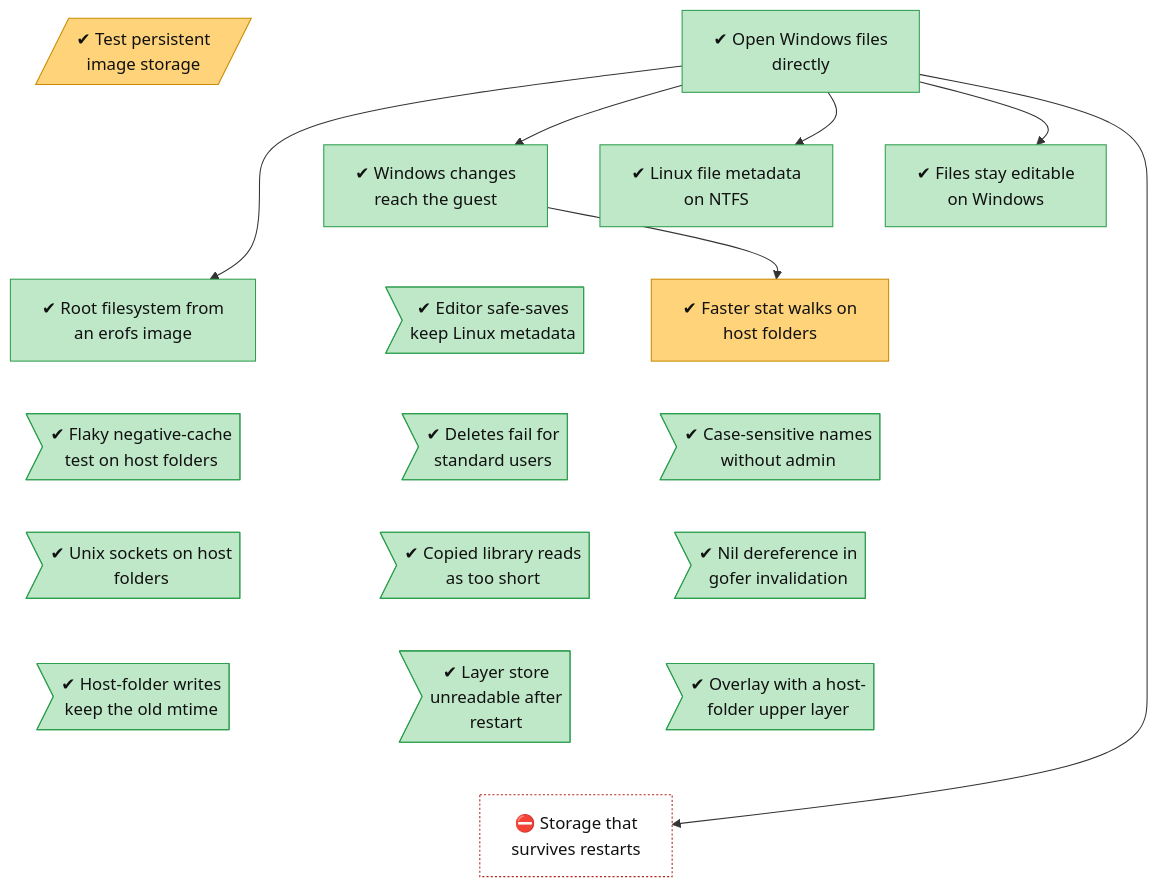
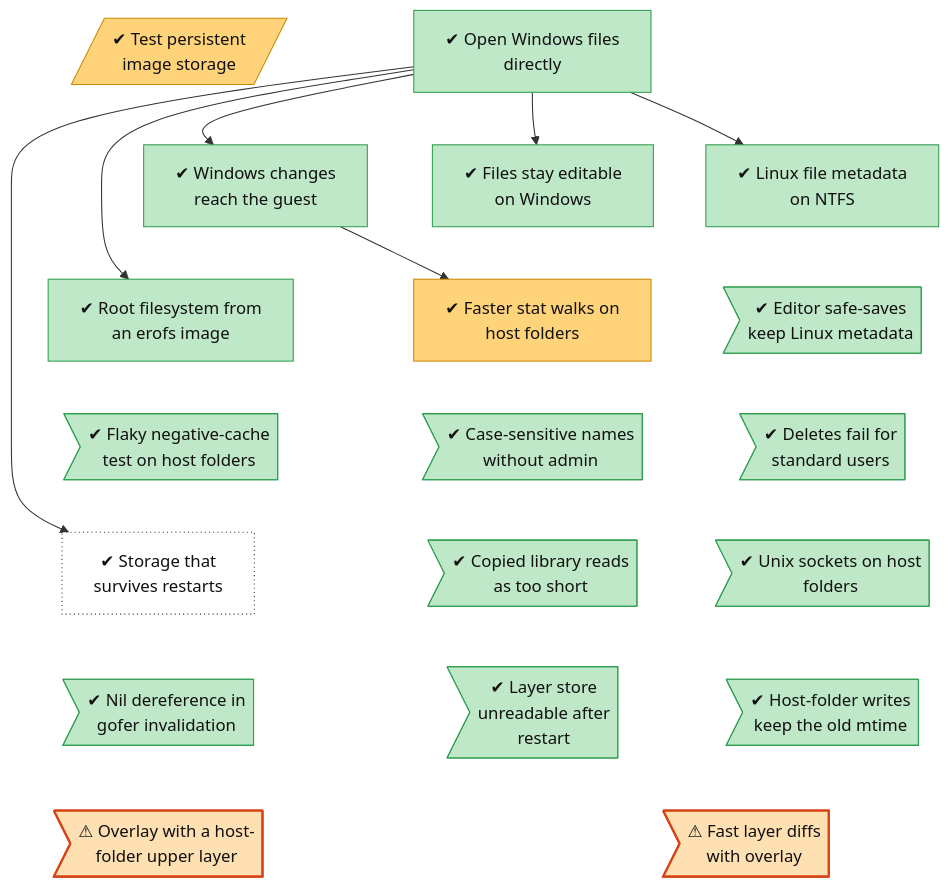
Before and after one commit to lhns/gvisor-windows: the diagram in docs/roadmap/tracks/fs.md, drawn with Mermaid. The commit also changed other lines of this file and 9 other files, not shown here.

````diff
--- a/docs/roadmap/tracks/fs.md
+++ b/docs/roadmap/tracks/fs.md
@@ -10,62 +10,64 @@
 ```mermaid
 flowchart TB
     fs_persistent_image_storage[/"✔ Test persistent<br/>image storage"/]
     fs_windows_directfs["✔ Open Windows files<br/>directly"]
     fs_change_notifications["✔ Windows changes<br/>reach the guest"]
     fs_linux_metadata_on_ntfs["✔ Linux file metadata<br/>on NTFS"]
     fs_handles_do_not_block_users["✔ Files stay editable<br/>on Windows"]
     fs_root_filesystem_source["✔ Root filesystem from<br/>an erofs image"]
     fs_safe_save_keeps_metadata>"✔ Editor safe-saves<br/>keep Linux metadata"]
     fs_attribute_cache["✔ Faster stat walks on<br/>host folders"]
     fs_flaky_negative_cache_test>"✔ Flaky negative-cache<br/>test on host folders"]
     fs_standard_user_delete_rights>"✔ Deletes fail for<br/>standard users"]
     fs_case_sensitivity_without_admin>"✔ Case-sensitive names<br/>without admin"]
+    fs_persistent_storage_impl["✔ Storage that<br/>survives restarts"]
     fs_unix_sockets_on_host_folders>"✔ Unix sockets on host<br/>folders"]
     fs_copied_file_too_short>"✔ Copied library reads<br/>as too short"]
     fs_disown_children_nil_deref>"✔ Nil dereference in<br/>gofer invalidation"]
     fs_host_folder_mtime_resolution>"✔ Host-folder writes<br/>keep the old mtime"]
     fs_layer_store_corrupt_after_restart>"✔ Layer store<br/>unreadable after<br/>restart"]
-    fs_overlay_upper_on_host_folder>"✔ Overlay with a host-<br/>folder upper layer"]
-    fs_persistent_storage_impl["⛔ Storage that<br/>survives restarts"]
+    fs_overlay_upper_on_host_folder>"⚠ Overlay with a host-<br/>folder upper layer"]
+    fs_overlay_native_diff>"⚠ Fast layer diffs<br/>with overlay"]
     fs_persistent_image_storage ~~~ fs_change_notifications
     fs_windows_directfs ~~~ fs_linux_metadata_on_ntfs
     fs_windows_directfs ~~~ fs_handles_do_not_block_users
     fs_change_notifications ~~~ fs_root_filesystem_source
     fs_linux_metadata_on_ntfs ~~~ fs_safe_save_keeps_metadata
     fs_handles_do_not_block_users ~~~ fs_attribute_cache
     fs_root_filesystem_source ~~~ fs_flaky_negative_cache_test
     fs_safe_save_keeps_metadata ~~~ fs_standard_user_delete_rights
     fs_attribute_cache ~~~ fs_case_sensitivity_without_admin
-    fs_flaky_negative_cache_test ~~~ fs_unix_sockets_on_host_folders
-    fs_standard_user_delete_rights ~~~ fs_copied_file_too_short
-    fs_case_sensitivity_without_admin ~~~ fs_disown_children_nil_deref
+    fs_flaky_negative_cache_test ~~~ fs_persistent_storage_impl
+    fs_standard_user_delete_rights ~~~ fs_unix_sockets_on_host_folders
+    fs_case_sensitivity_without_admin ~~~ fs_copied_file_too_short
+    fs_persistent_storage_impl ~~~ fs_disown_children_nil_deref
     fs_unix_sockets_on_host_folders ~~~ fs_host_folder_mtime_resolution
     fs_copied_file_too_short ~~~ fs_layer_store_corrupt_after_restart
     fs_disown_children_nil_deref ~~~ fs_overlay_upper_on_host_folder
-    fs_host_folder_mtime_resolution ~~~ fs_persistent_storage_impl
-    fs_layer_store_corrupt_after_restart ~~~ fs_persistent_storage_impl
-    fs_overlay_upper_on_host_folder ~~~ fs_persistent_storage_impl
+    fs_host_folder_mtime_resolution ~~~ fs_overlay_native_diff
+    fs_layer_store_corrupt_after_restart ~~~ fs_overlay_native_diff
     fs_windows_directfs --> fs_change_notifications
     fs_windows_directfs --> fs_linux_metadata_on_ntfs
     fs_windows_directfs --> fs_handles_do_not_block_users
     fs_windows_directfs --> fs_root_filesystem_source
     fs_change_notifications --> fs_attribute_cache
     fs_windows_directfs --> fs_persistent_storage_impl
     classDef vsucc fill:#2e9e4f,stroke:#1b6b34,color:#fff
     classDef succ fill:#bfe8c8,stroke:#2e9e4f,color:#111
     classDef mixed fill:#ffd37a,stroke:#c98a00,color:#111
     classDef bad fill:#f28b82,stroke:#b3261e,color:#111
     classDef dead fill:#e6e6e6,stroke:#777,stroke-dasharray:5 5,color:#555
     classDef inprog fill:#a8cdf5,stroke:#1f6fc5,color:#111
     classDef next fill:#fff,stroke:#333,color:#111
     classDef blocked fill:#fff,stroke:#b3261e,stroke-dasharray:2 2,color:#111
     classDef parked fill:#f3f3f3,stroke:#999,color:#555
     classDef unrated fill:#fff,stroke:#333,stroke-dasharray:1 3,color:#111
     classDef gate fill:#d9c2f0,stroke:#7b3fb5,color:#111
     classDef decided fill:#ece0f7,stroke:#7b3fb5,stroke-dasharray:2 2,color:#111
     classDef finding fill:#ffe0b2,stroke:#d84315,stroke-width:2px,color:#111
     classDef waiting fill:#e3f2fd,stroke:#1f6fc5,stroke-dasharray:5 5,color:#111
     class fs_persistent_image_storage,fs_attribute_cache mixed
-    class fs_windows_directfs,fs_change_notifications,fs_linux_metadata_on_ntfs,fs_handles_do_not_block_users,fs_root_filesystem_source,fs_safe_save_keeps_metadata,fs_flaky_negative_cache_test,fs_standard_user_delete_rights,fs_case_sensitivity_without_admin,fs_unix_sockets_on_host_folders,fs_copied_file_too_short,fs_disown_children_nil_deref,fs_host_folder_mtime_resolution,fs_layer_store_corrupt_after_restart,fs_overlay_upper_on_host_folder succ
-    class fs_persistent_storage_impl blocked
+    class fs_windows_directfs,fs_change_notifications,fs_linux_metadata_on_ntfs,fs_handles_do_not_block_users,fs_root_filesystem_source,fs_safe_save_keeps_metadata,fs_flaky_negative_cache_test,fs_standard_user_delete_rights,fs_case_sensitivity_without_admin,fs_unix_sockets_on_host_folders,fs_copied_file_too_short,fs_disown_children_nil_deref,fs_host_folder_mtime_resolution,fs_layer_store_corrupt_after_restart succ
+    class fs_persistent_storage_impl unrated
+    class fs_overlay_upper_on_host_folder,fs_overlay_native_diff finding
 ```
````
